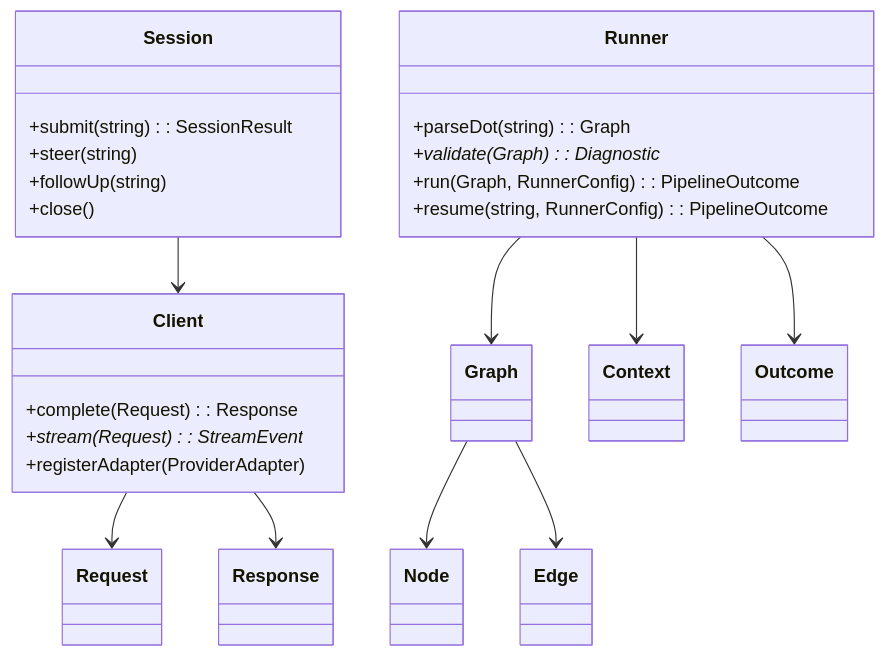
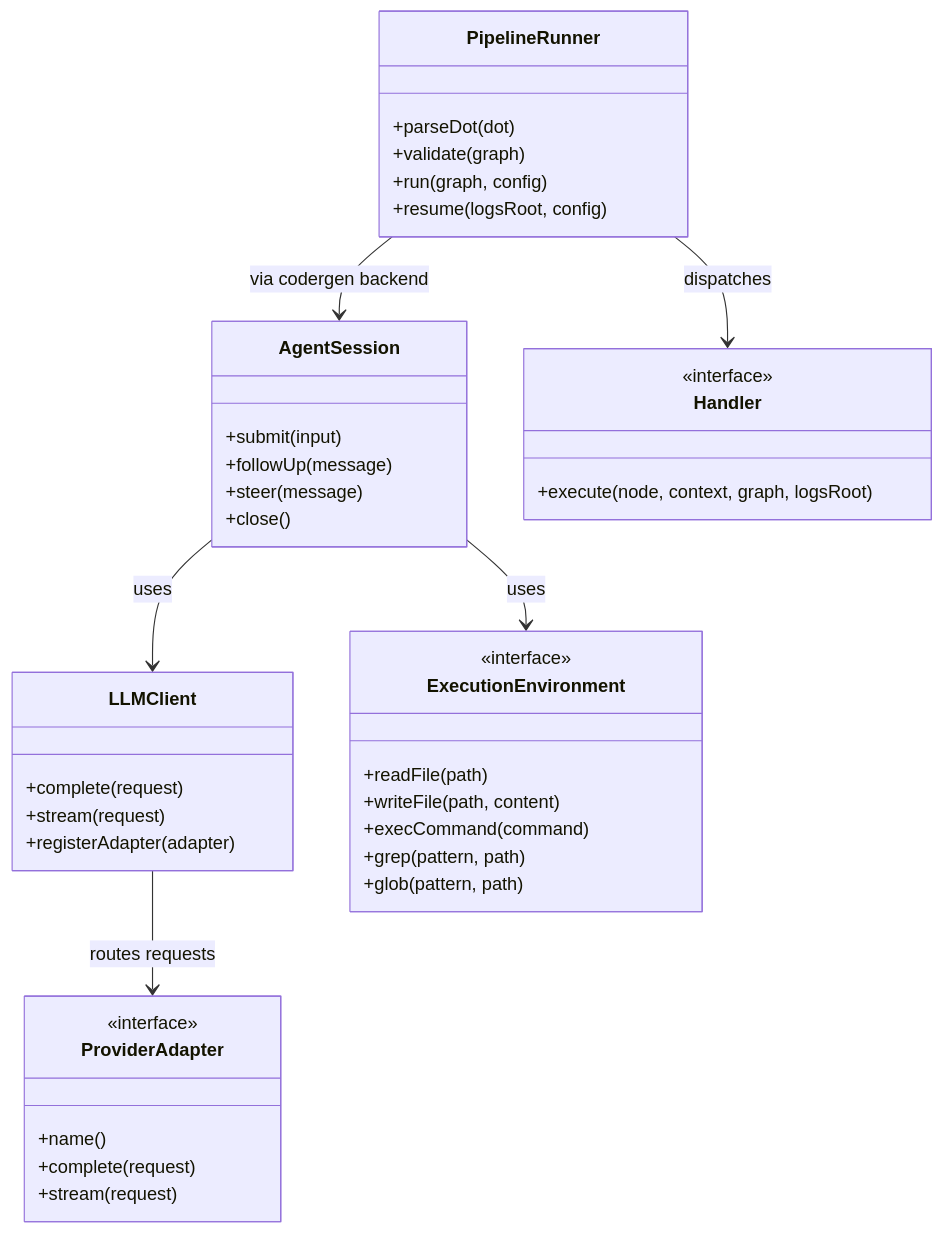
One commit to jaytaylor/attractor-php changed the first of 5 diagrams in docs/sprints/SPRINT-001-comprehensive-implementation-plan.md. Above: the diagram before and after it, drawn with Mermaid. The commit also changed other lines of this file, not shown here.

Commit message:
docs(sprint-001): sync comprehensive plan to verified complete state

````diff
--- a/docs/sprints/SPRINT-001-comprehensive-implementation-plan.md
+++ b/docs/sprints/SPRINT-001-comprehensive-implementation-plan.md
@@ -506,36 +488,49 @@
 ```mermaid
 classDiagram
-    class Client {
-      +complete(Request): Response
-      +stream(Request): StreamEvent*
-      +registerAdapter(ProviderAdapter)
+    class LLMClient {
+      +complete(request)
+      +stream(request)
+      +registerAdapter(adapter)
     }
-    class Session {
-      +submit(string): SessionResult
-      +steer(string)
-      +followUp(string)
+
+    class ProviderAdapter {
+      <<interface>>
+      +name()
+      +complete(request)
+      +stream(request)
+    }
+
+    class AgentSession {
+      +submit(input)
+      +followUp(message)
+      +steer(message)
       +close()
     }
-    class Runner {
-      +parseDot(string): Graph
-      +validate(Graph): Diagnostic*
-      +run(Graph, RunnerConfig): PipelineOutcome
-      +resume(string, RunnerConfig): PipelineOutcome
+
+    class ExecutionEnvironment {
+      <<interface>>
+      +readFile(path)
+      +writeFile(path, content)
+      +execCommand(command)
+      +grep(pattern, path)
+      +glob(pattern, path)
     }
-    class Request
-    class Response
-    class Graph
-    class Node
-    class Edge
-    class Context
-    class Outcome
 
-    Client --> Request
-    Client --> Response
-    Session --> Client
-    Runner --> Graph
-    Runner --> Context
-    Runner --> Outcome
-    Graph --> Node
-    Graph --> Edge
+    class PipelineRunner {
+      +parseDot(dot)
+      +validate(graph)
+      +run(graph, config)
+      +resume(logsRoot, config)
+    }
+
+    class Handler {
+      <<interface>>
+      +execute(node, context, graph, logsRoot)
+    }
+
+    LLMClient --> ProviderAdapter : routes requests
+    AgentSession --> LLMClient : uses
+    AgentSession --> ExecutionEnvironment : uses
+    PipelineRunner --> Handler : dispatches
+    PipelineRunner --> AgentSession : via codergen backend
 ```
````
